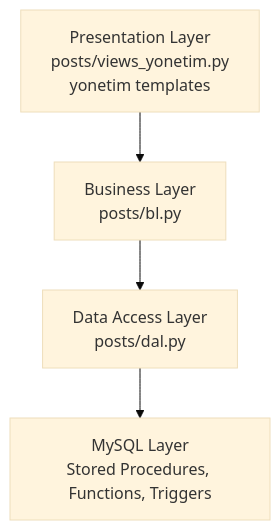
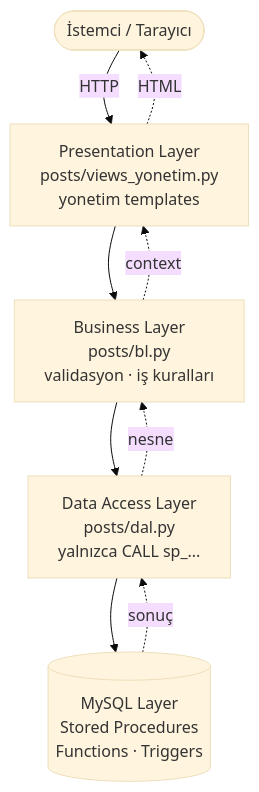
The diagram in README.md (NyancatGo/FitRehber-Yonetim-Sistemi), drawn with Mermaid (base theme) before and after one commit. The commit also changed other lines of this file and 1 other file, not shown here.

````diff
--- a/README.md
+++ b/README.md
@@ -149,6 +184,8 @@
 ```mermaid
 flowchart TD
-    A[Presentation Layer<br/>posts/views_yonetim.py<br/>yonetim templates] --> B[Business Layer<br/>posts/bl.py]
-    B --> C[Data Access Layer<br/>posts/dal.py]
-    C --> D[MySQL Layer<br/>Stored Procedures, Functions, Triggers]
+    U([İstemci / Tarayıcı]) -->|HTTP| A
+    A[Presentation Layer<br/>posts/views_yonetim.py<br/>yonetim templates] --> B[Business Layer<br/>posts/bl.py<br/>validasyon · iş kuralları]
+    B --> C[Data Access Layer<br/>posts/dal.py<br/>yalnızca CALL sp_...]
+    C --> D[(MySQL Layer<br/>Stored Procedures<br/>Functions · Triggers)]
+    D -. sonuç .-> C -. nesne .-> B -. context .-> A -. HTML .-> U
 ```
````
